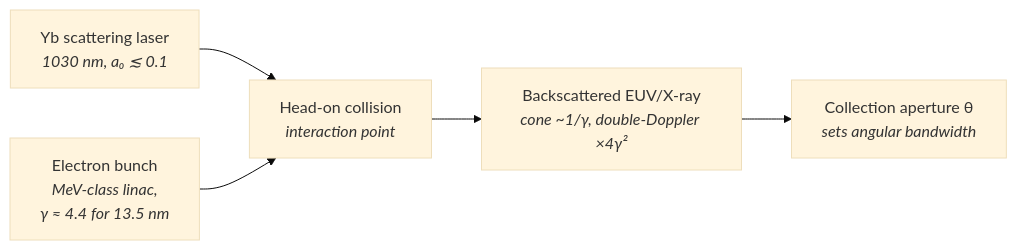
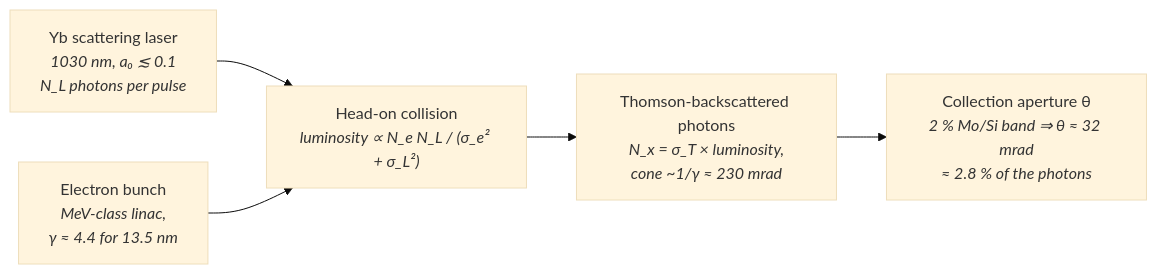
Before and after one commit to sonoransun/highuvlith: the diagram in docs/sources/inverse-compton.md, drawn with Mermaid (base theme). The commit also changed other lines of this file and 496 other files, not shown here.

````diff
--- a/docs/sources/inverse-compton.md
+++ b/docs/sources/inverse-compton.md
@@ -15,7 +15,7 @@
 ```mermaid
 flowchart LR
-    A["Yb scattering laser<br/><i>1030 nm, a₀ ≲ 0.1</i>"] --> C["Head-on collision<br/><i>interaction point</i>"]
+    A["Yb scattering laser<br/><i>1030 nm, a₀ ≲ 0.1<br/>N_L photons per pulse</i>"] --> C["Head-on collision<br/><i>luminosity ∝ N_e N_L / (σ_e² + σ_L²)</i>"]
     B["Electron bunch<br/><i>MeV-class linac,<br/>γ ≈ 4.4 for 13.5 nm</i>"] --> C
-    C --> D["Backscattered EUV/X-ray<br/><i>cone ~1/γ, double-Doppler ×4γ²</i>"]
-    D --> E["Collection aperture θ<br/><i>sets angular bandwidth</i>"]
+    C --> D["Thomson-backscattered photons<br/><i>N_x = σ_T × luminosity,<br/>cone ~1/γ ≈ 230 mrad</i>"]
+    D --> E["Collection aperture θ<br/><i>2 % Mo/Si band ⇒ θ ≈ 32 mrad<br/>≈ 2.8 % of the photons</i>"]
 ```
````
